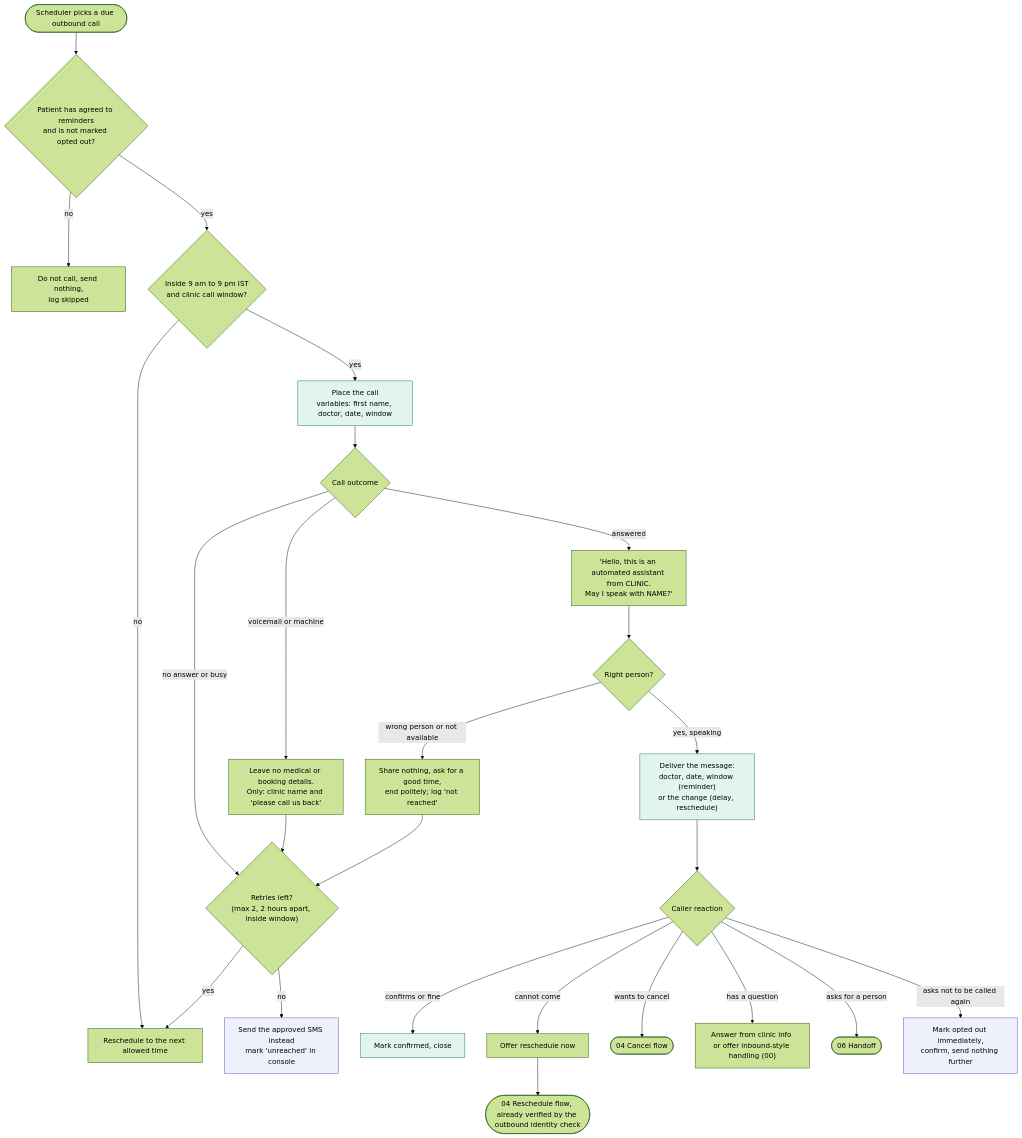
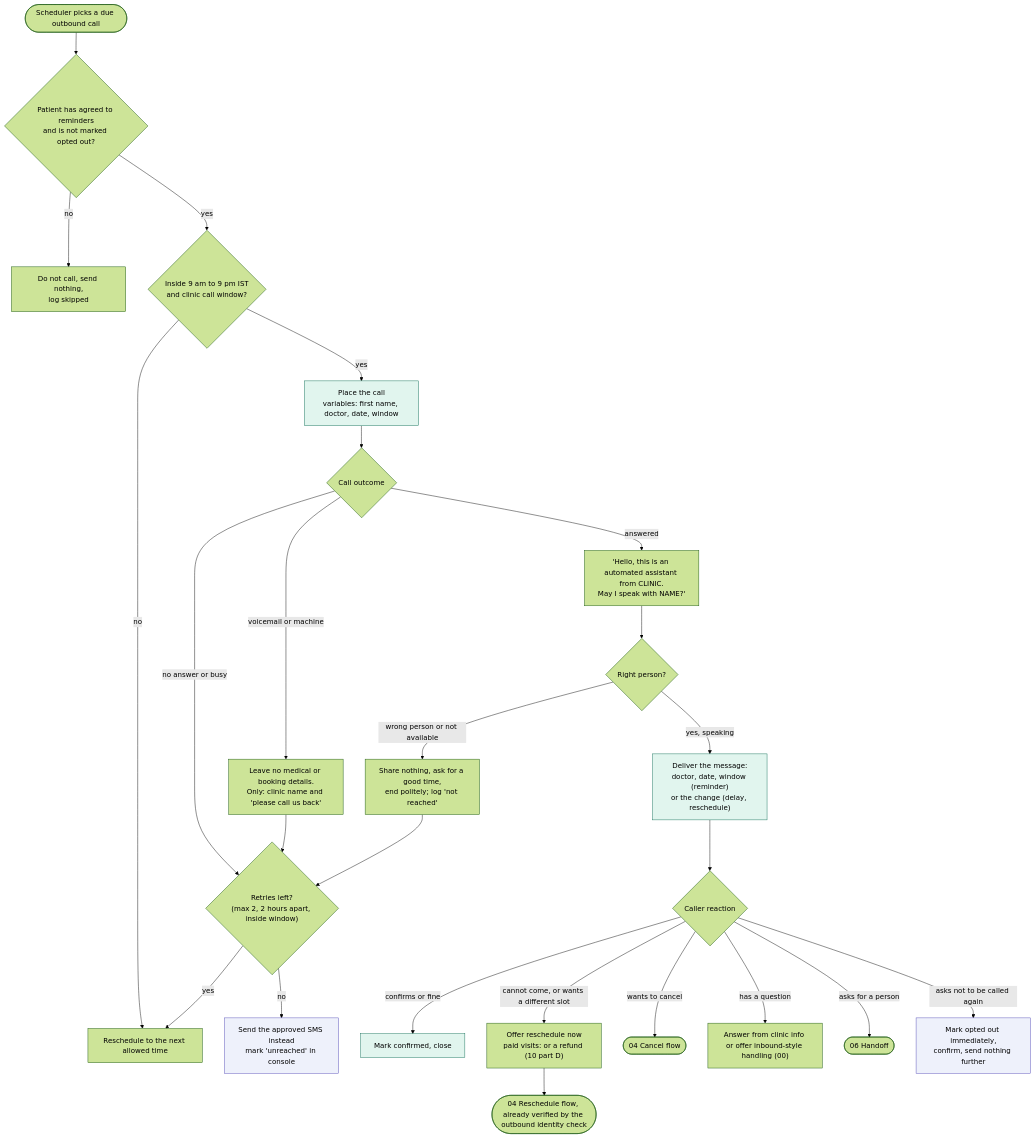
One commit to Anupamgt/tts-agent-1 changed the diagram in docs/flows/07-outbound-calls.md. Above: the diagram before and after it, drawn with Mermaid (forest theme). The commit also changed other lines of this file and 13 other files, not shown here.

````diff
--- a/docs/flows/07-outbound-calls.md
+++ b/docs/flows/07-outbound-calls.md
@@ -19,37 +20,37 @@
 ```mermaid
 flowchart TD
     O0(["Scheduler picks a due outbound call"]) --> O1{"Patient has agreed to reminders<br/>and is not marked opted out?"}
     O1 -->|"no"| O1a["Do not call, send nothing,<br/>log skipped"]
     O1 -->|"yes"| O2{"Inside 9 am to 9 pm IST<br/>and clinic call window?"}
     O2 -->|"no"| O2a["Reschedule to the next allowed time"]
     O2 -->|"yes"| O3["Place the call<br/>variables: first name, doctor, date, window"]
     O3 --> O4{"Call outcome"}
 
     O4 -->|"no answer or busy"| RT
     O4 -->|"voicemail or machine"| VM["Leave no medical or booking details.<br/>Only: clinic name and 'please call us back'"]
     VM --> RT
     O4 -->|"answered"| O5["'Hello, this is an automated assistant from CLINIC.<br/>May I speak with NAME?'"]
 
     O5 --> O6{"Right person?"}
     O6 -->|"wrong person or not available"| O6a["Share nothing, ask for a good time,<br/>end politely; log 'not reached'"]
     O6a --> RT
     O6 -->|"yes, speaking"| O7["Deliver the message:<br/>doctor, date, window (reminder)<br/>or the change (delay, reschedule)"]
 
     O7 --> O8{"Caller reaction"}
     O8 -->|"confirms or fine"| O9["Mark confirmed, close"]
-    O8 -->|"cannot come"| O10["Offer reschedule now"]
+    O8 -->|"cannot come, or wants a different slot"| O10["Offer reschedule now<br/>paid visits: or a refund (10 part D)"]
     O10 --> BK(["04 Reschedule flow, already verified by the outbound identity check"])
     O8 -->|"wants to cancel"| CN(["04 Cancel flow"])
     O8 -->|"has a question"| O11["Answer from clinic info or offer inbound-style handling (00)"]
     O8 -->|"asks for a person"| HO(["06 Handoff"])
     O8 -->|"asks not to be called again"| OPT["Mark opted out immediately,<br/>confirm, send nothing further"]
 
     RT{"Retries left?<br/>(max 2, 2 hours apart, inside window)"}
     RT -->|"yes"| O2a
     RT -->|"no"| FB["Send the approved SMS instead<br/>mark 'unreached' in console"]
 
     classDef agent fill:#e1f5ee,stroke:#0f6e56;
     classDef human fill:#eef1fb,stroke:#534ab7;
     class O3,O7,O9 agent;
     class FB,OPT human;
 ```
````
